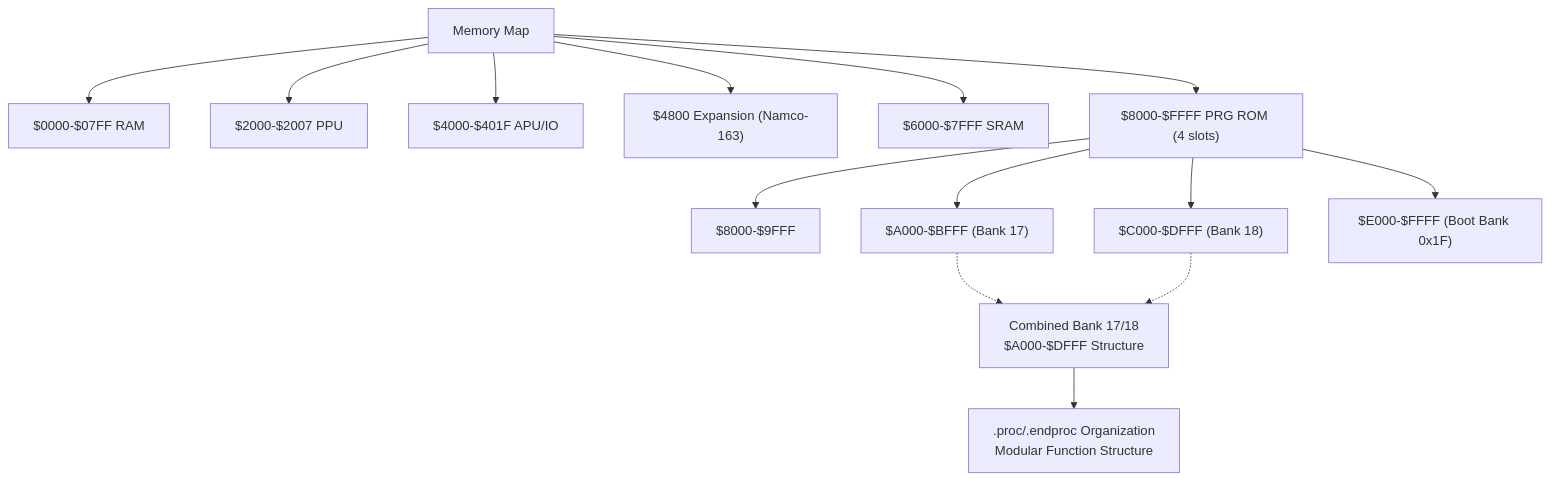
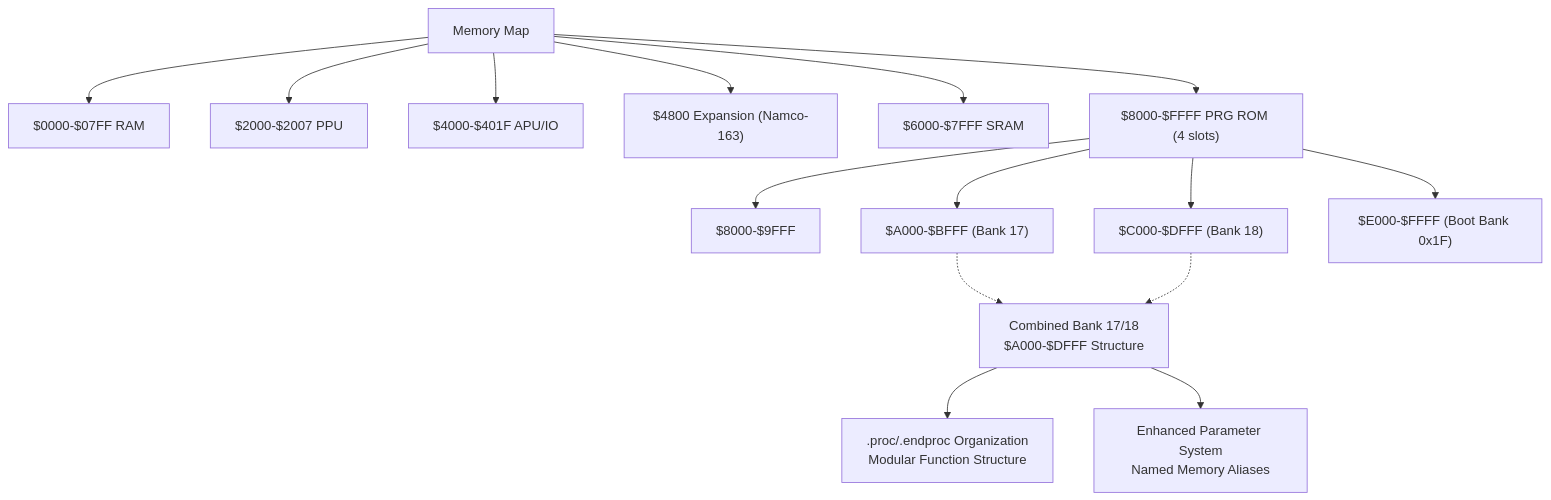
The third of 10 diagrams in .qoder/repowiki/en/content/Assembly Architecture/Assembly Architecture.md (rabbyzero/sango2dasm), drawn with Mermaid before and after one commit. The commit also changed other lines of this file and 7 other files, not shown here.

````diff
--- a/.qoder/repowiki/en/content/Assembly Architecture/Assembly Architecture.md
+++ b/.qoder/repowiki/en/content/Assembly Architecture/Assembly Architecture.md
@@ -175,18 +185,20 @@
 ```mermaid
 flowchart TD
 MEM["Memory Map"] --> RAM["$0000-$07FF RAM"]
 MEM --> PPUREG["$2000-$2007 PPU"]
 MEM --> IOREG["$4000-$401F APU/IO"]
 MEM --> EXPROM["$4800 Expansion (Namco-163)"]
 MEM --> SRAM["$6000-$7FFF SRAM"]
 MEM --> PRG["$8000-$FFFF PRG ROM (4 slots)"]
 PRG --> SLOT0["$8000-$9FFF"]
 PRG --> SLOT1["$A000-$BFFF (Bank 17)"]
 PRG --> SLOT2["$C000-$DFFF (Bank 18)"]
 PRG --> SLOT3["$E000-$FFFF (Boot Bank 0x1F)"]
 COMBINED["Combined Bank 17/18<br/>$A000-$DFFF Structure"]
 SLOT1 -.-> COMBINED
 SLOT2 -.-> COMBINED
 PROC[".proc/.endproc Organization<br/>Modular Function Structure"]
+PARAMSYS["Enhanced Parameter System<br/>Named Memory Aliases"]
 COMBINED --> PROC
+COMBINED --> PARAMSYS
 ```
````
